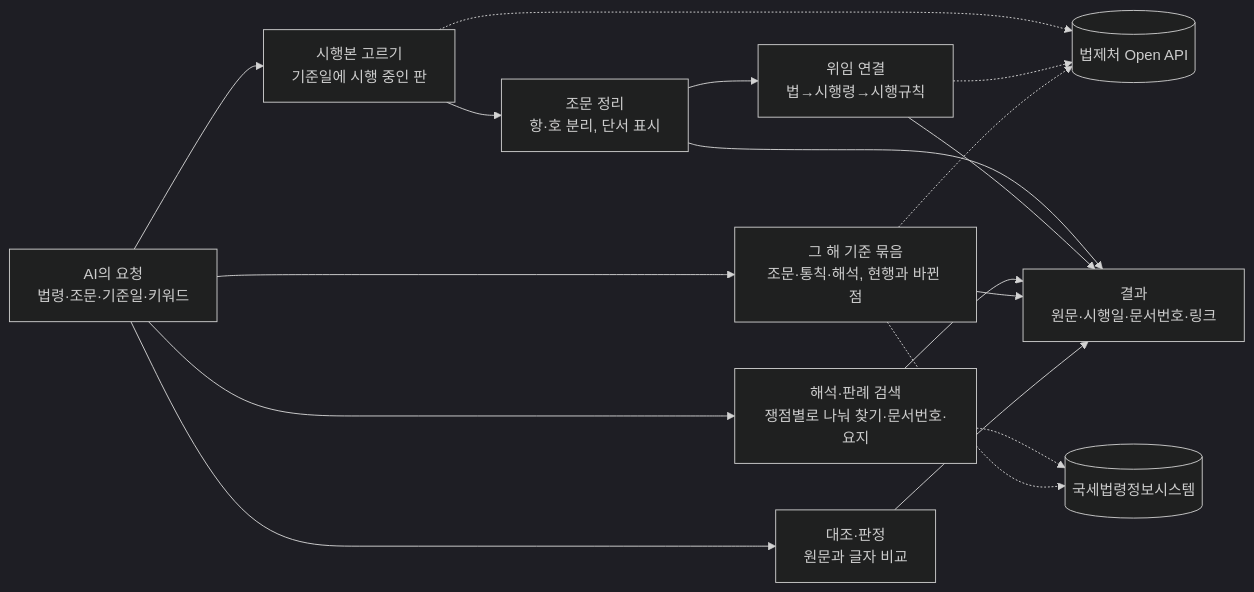
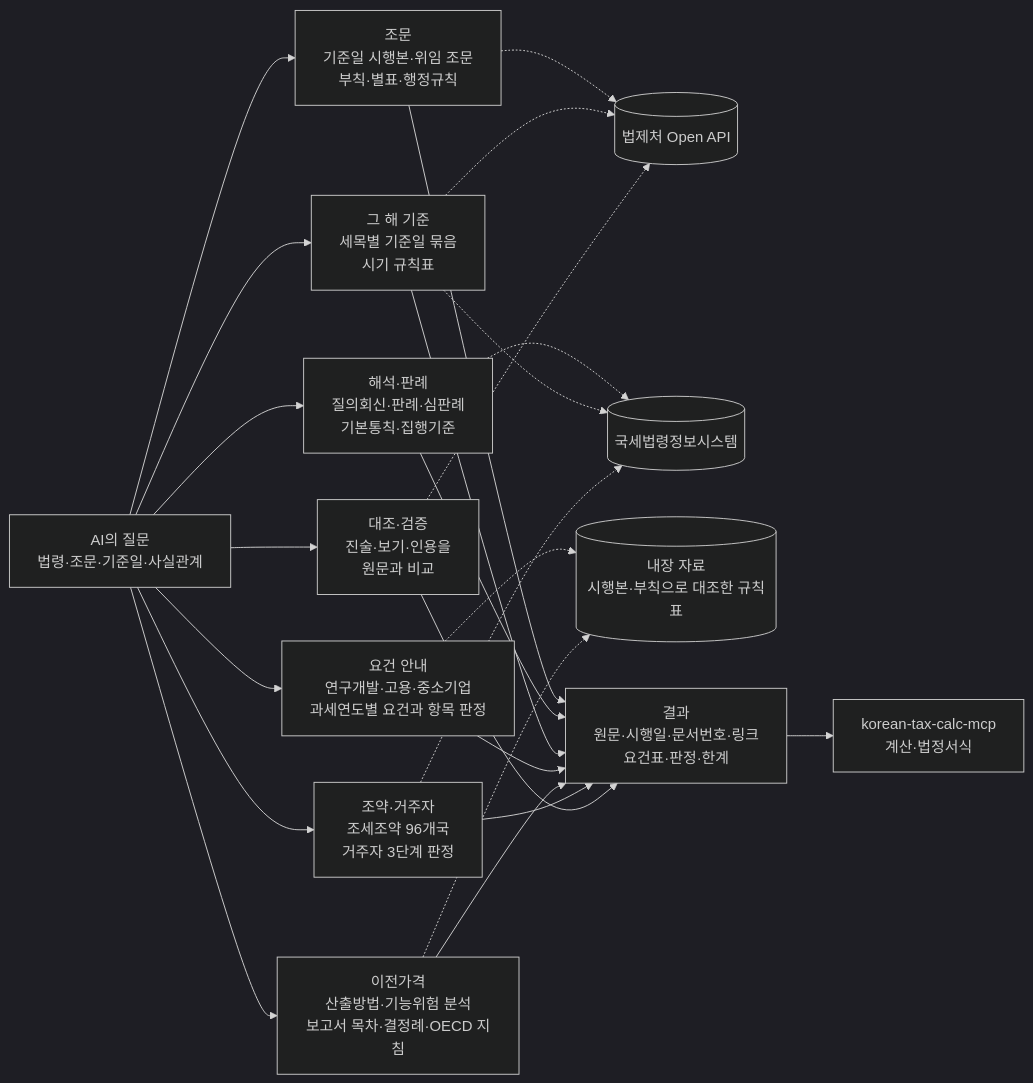
Before and after one commit to UpstageAI/korean-tax-mcp: the diagram in README.md, drawn with Mermaid (dark theme). The commit also changed other lines of this file and 4 other files, not shown here.

First line of the commit message:
README 전면 정리: 작동 방식 다이어그램, 참고 자료 절 (0.12.27)

````diff
--- a/README.md
+++ b/README.md
@@ -21,19 +21,27 @@
 ```mermaid
 flowchart LR
-  Q["AI의 요청<br/>법령·조문·기준일·키워드"] --> V["시행본 고르기<br/>기준일에 시행 중인 판"]
-  V --> P["조문 정리<br/>항·호 분리, 단서 표시"]
-  P --> L["위임 연결<br/>법→시행령→시행규칙"]
-  Q --> S["해석·판례 검색<br/>쟁점별로 나눠 찾기·문서번호·요지"]
-  Q --> Y["그 해 기준 묶음<br/>조문·통칙·해석, 현행과 바뀐 점"]
-  Q --> C["대조·판정<br/>원문과 글자 비교"]
-  V -.-> A1[("법제처 Open API")]
-  L -.-> A1
-  S -.-> A2[("국세법령정보시스템")]
-  Y -.-> A1
-  Y -.-> A2
-  P --> R["결과<br/>원문·시행일·문서번호·링크"]
-  L --> R
-  S --> R
-  Y --> R
+  Q["AI의 질문<br/>법령·조문·기준일·사실관계"]
+  Q --> A["조문<br/>기준일 시행본·위임 조문<br/>부칙·별표·행정규칙"]
+  Q --> B["해석·판례<br/>질의회신·판례·심판례<br/>기본통칙·집행기준"]
+  Q --> C["그 해 기준<br/>세목별 기준일 묶음<br/>시기 규칙표"]
+  Q --> D["요건 안내<br/>연구개발·고용·중소기업<br/>과세연도별 요건과 항목 판정"]
+  Q --> E["이전가격<br/>산출방법·기능위험 분석<br/>보고서 목차·결정례·OECD 지침"]
+  Q --> F["조약·거주자<br/>조세조약 96개국<br/>거주자 3단계 판정"]
+  Q --> G["대조·검증<br/>진술·보기·인용을<br/>원문과 비교"]
+  A -.-> S1[("법제처 Open API")]
+  B -.-> S2[("국세법령정보시스템")]
+  C -.-> S1
+  C -.-> S2
+  F -.-> S2
+  G -.-> S1
+  D -.-> S3[("내장 자료<br/>시행본·부칙으로 대조한 규칙표")]
+  E -.-> S3
+  A --> R["결과<br/>원문·시행일·문서번호·링크<br/>요건표·판정·한계"]
+  B --> R
   C --> R
+  D --> R
+  E --> R
+  F --> R
+  G --> R
+  R --> K["korean-tax-calc-mcp<br/>계산·법정서식"]
 ```
````
